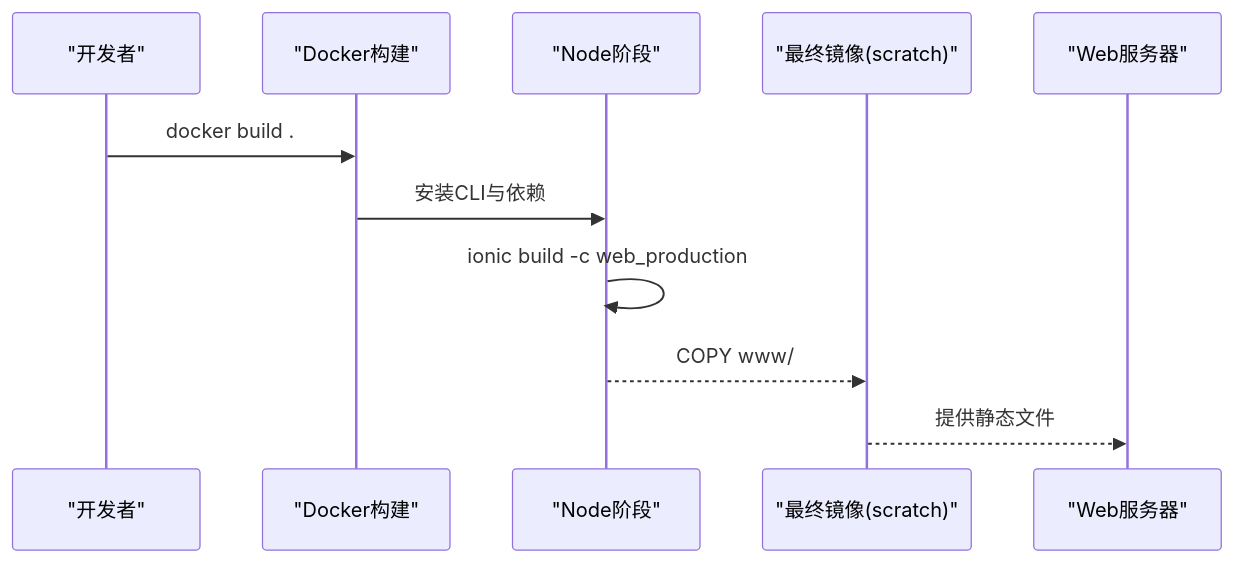
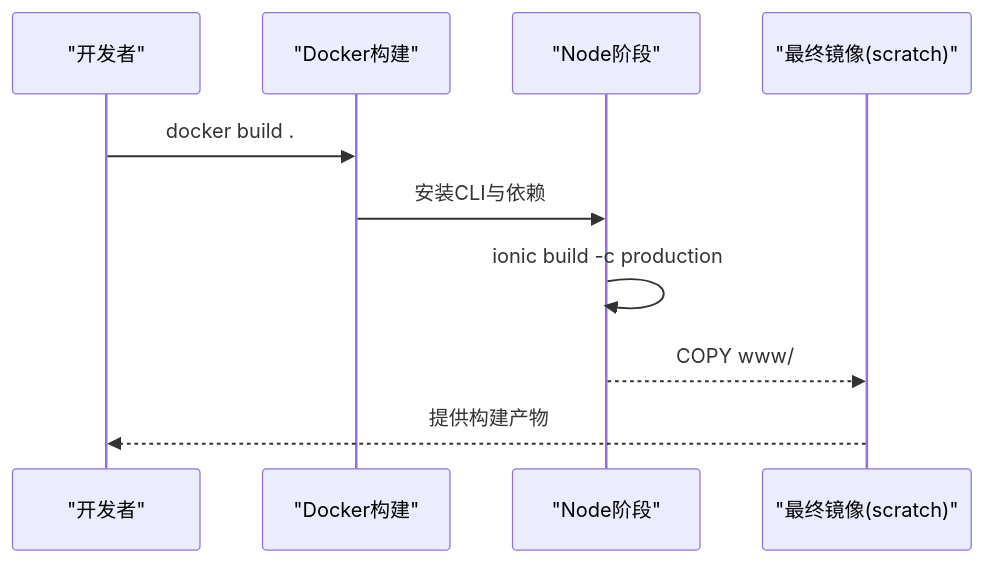
One commit to dingxyang/Macro-Deck-Client-App changed the fourth of 5 diagrams in .qoder/repowiki/zh/content/构建与部署/平台部署/Web_PWA部署.md. Above: the diagram before and after it, drawn with Mermaid. The commit also changed other lines of this file and 47 other files, not shown here.

````diff
--- a/.qoder/repowiki/zh/content/构建与部署/平台部署/Web_PWA部署.md
+++ b/.qoder/repowiki/zh/content/构建与部署/平台部署/Web_PWA部署.md
@@ -222,13 +137,12 @@
 ```mermaid
 sequenceDiagram
 participant Dev as "开发者"
 participant Docker as "Docker构建"
 participant Node as "Node阶段"
 participant Final as "最终镜像(scratch)"
-participant Server as "Web服务器"
 Dev->>Docker : docker build .
 Docker->>Node : 安装CLI与依赖
-Node->>Node : ionic build -c web_production
+Node->>Node : ionic build -c production
 Node-->>Final : COPY www/
-Final-->>Server : 提供静态文件
+Final-->>Dev : 提供构建产物
 ```
````
